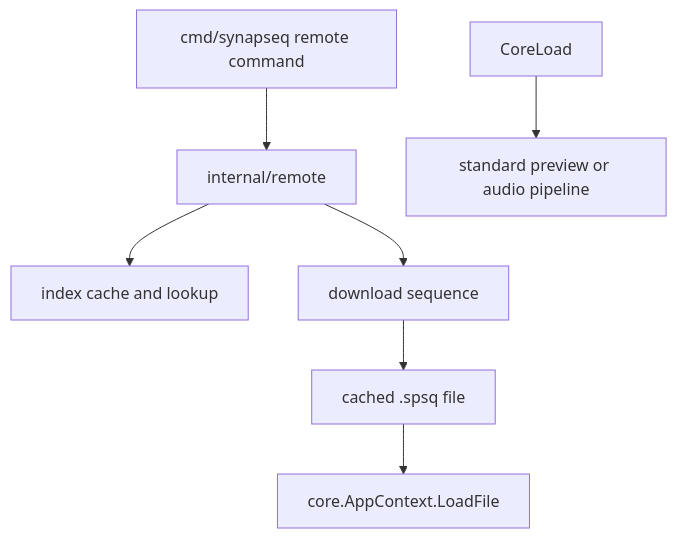
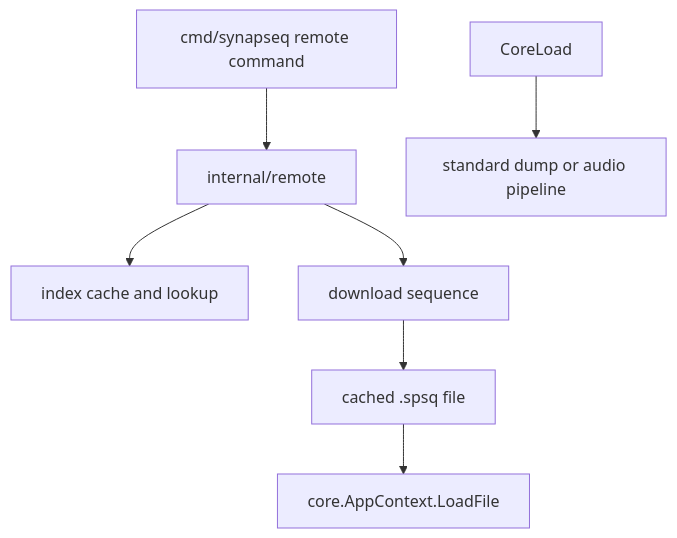
One commit to synapseq-foundation/synapseq changed the fifth of 5 diagrams in docs/ARCHITECTURE.md. Above: the diagram before and after it, drawn with Mermaid. The commit also changed other lines of this file and 35 other files, not shown here.

````diff
--- a/docs/ARCHITECTURE.md
+++ b/docs/ARCHITECTURE.md
@@ -368,9 +348,9 @@
 ```mermaid
 flowchart TD
 	RemoteCommand[cmd/synapseq remote command] --> RemoteAPI[internal/remote]
 	RemoteAPI --> Index[index cache and lookup]
 	RemoteAPI --> Download[download sequence]
 	Download --> CachedSPSQ[cached .spsq file]
 	CachedSPSQ --> CoreLoadFile[core.AppContext.LoadFile]
-	CoreLoad --> MainPipeline[standard preview or audio pipeline]
+	CoreLoad --> MainPipeline[standard dump or audio pipeline]
 ```
````
